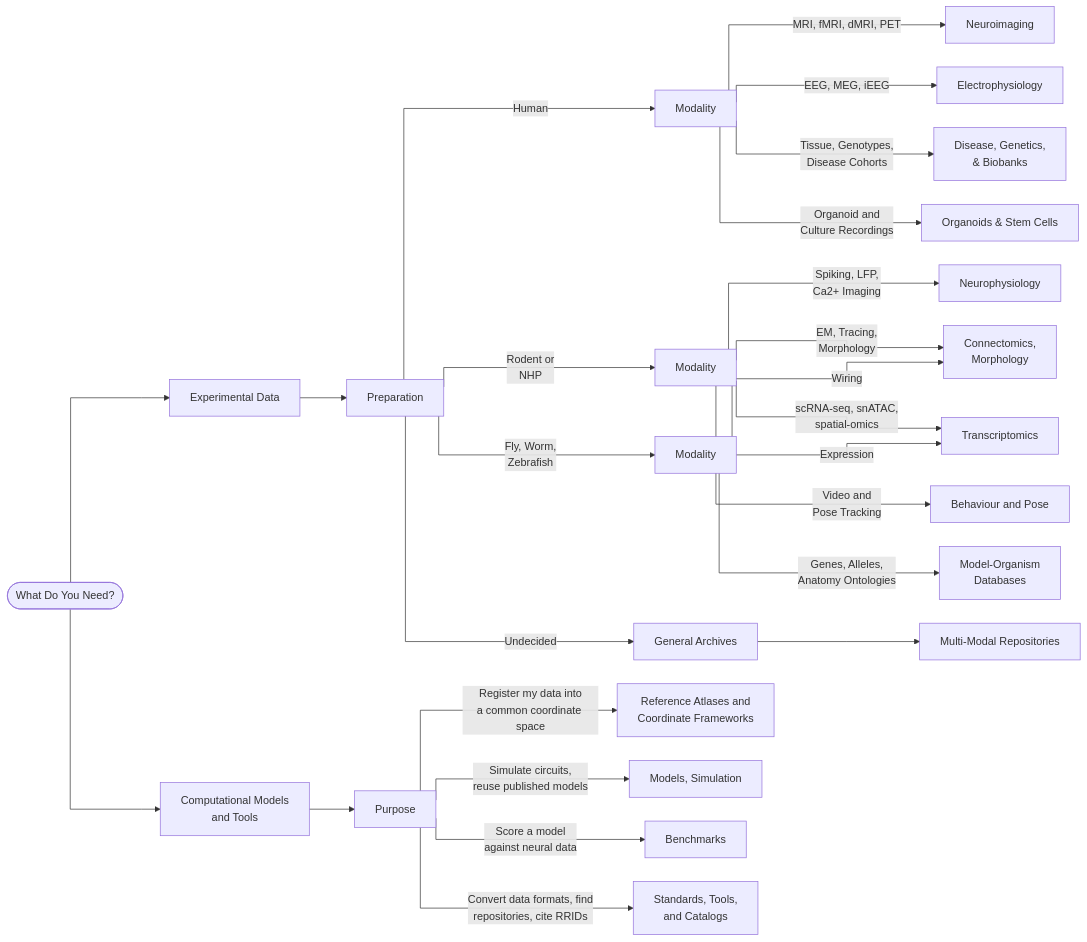
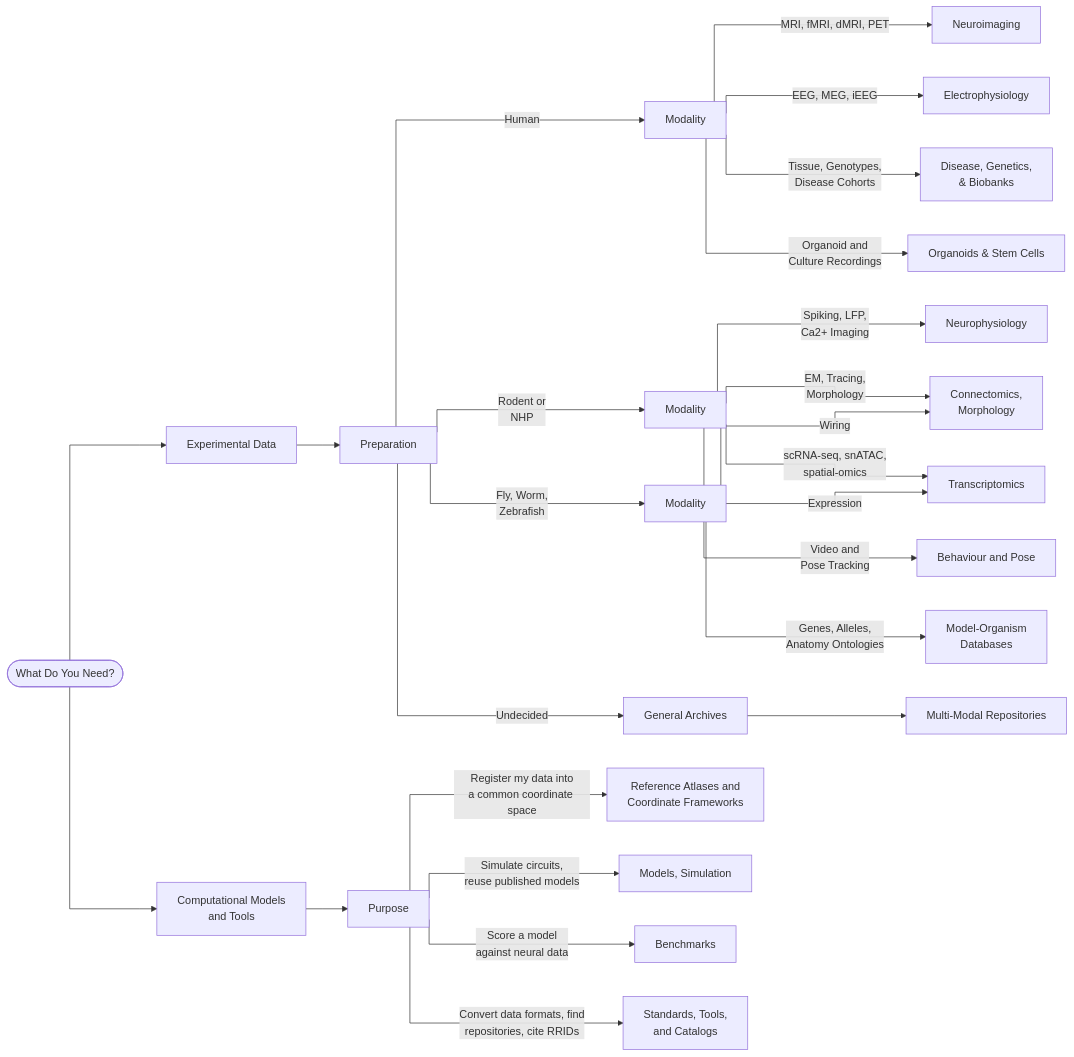
The diagram in docs/index.md (lauramedlock/neuroarchives), drawn with Mermaid before and after one commit.

Commit message:
Simplify mermaid chart initialization settings

````diff
--- a/docs/index.md
+++ b/docs/index.md
@@ -41,35 +41,35 @@
 ```mermaid
-%%{init: {"flowchart": {"curve": "stepBefore", "nodeSpacing": 35, "rankSpacing": 55, "useMaxWidth": true}} }%%
+%%{init: {"flowchart": {"curve": "stepBefore", "useMaxWidth": true}} }%%
 flowchart LR
     START([What Do You Need?])
     START --> EXP[Experimental Data]
     START --> MOD[Computational Models<br>and Tools]
 
     EXP --> PREP[Preparation]
     PREP -->|Human| HU[Modality]
     PREP -->|Rodent or<br>NHP| RO[Modality]
     PREP -->|Fly, Worm,<br>Zebrafish| INV[Modality]
     PREP -->|Undecided| GEN[General Archives]
 
     HU -->|MRI, fMRI, dMRI, PET| E1[Neuroimaging]
     HU -->|EEG, MEG, iEEG| E2[Electrophysiology]
     HU -->|Tissue, Genotypes,<br>Disease Cohorts| E3[Disease, Genetics,<br>& Biobanks]
     HU -->|Organoid and<br>Culture Recordings| E4[Organoids & Stem Cells]
 
     RO -->|Spiking, LFP,<br>Ca2+ Imaging| E5[Neurophysiology] 
     RO -->|EM, Tracing,<br>Morphology| E6[Connectomics, <br> Morphology]
     RO -->|scRNA-seq, snATAC,<br>spatial-omics| E7[Transcriptomics]
     RO -->|Video and<br>Pose Tracking| E8[Behaviour and Pose]
 
     INV -->|Wiring| E6
     INV -->|Expression| E7
     INV -->|Genes, Alleles,<br>Anatomy Ontologies| E9[Model-Organism<br>Databases]
 
     GEN -->E10[Multi-Modal Repositories]
 
     MOD --> PURPOSE[Purpose]
     PURPOSE -->|Register my data into<br>a common coordinate space| M1[Reference Atlases and<br>Coordinate Frameworks]
     PURPOSE -->|Simulate circuits,<br>reuse published models| M2[Models, Simulation]
     PURPOSE -->|Score a model<br>against neural data| M4[Benchmarks]
     PURPOSE -->|Convert data formats, find<br>repositories, cite RRIDs| M3[Standards, Tools,<br>and Catalogs]
 ```
````
